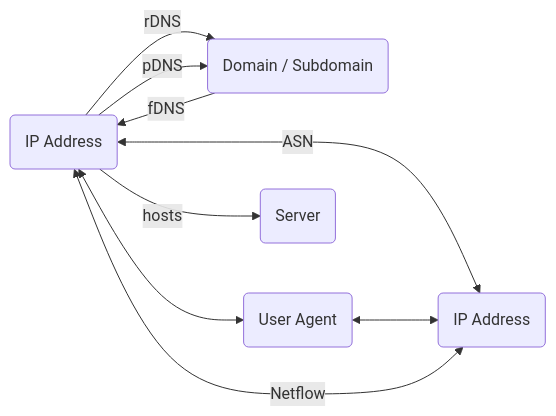
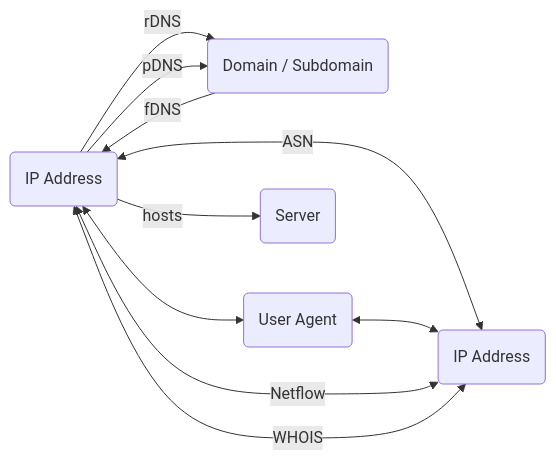
One commit to korniko98/pivot-atlas changed the diagram in docs/artifacts/ip-address.md. Above: the diagram before and after it, drawn with Mermaid. The commit also changed other lines of this file and 8 other files, not shown here.

````diff
--- a/docs/artifacts/ip-address.md
+++ b/docs/artifacts/ip-address.md
@@ -23,14 +23,15 @@
 	```mermaid
 	flowchart LR
-		A("IP Address") -- rDNS --> B("Domain / Subdomain")
-		A -- pDNS --> B
-		B -- fDNS --> A
-		A <-- ASN --> C("IP Address")
-		A <--> E("User Agent")
-		E <--> C
-		A <-- Netflow --> C
-		A -- hosts --> D("Server")
-		click B "#domains"
-		click C "#ip-addresses"
-		click D "#servers"
+		IP_ADDRESS("IP Address") -- rDNS --> DOMAIN("Domain / Subdomain")
+		IP_ADDRESS -- pDNS --> DOMAIN
+		DOMAIN -- fDNS --> IP_ADDRESS
+		IP_ADDRESS <-- ASN --> IP_ADDRESS_("IP Address")
+		IP_ADDRESS <--> USER_AGENT("User Agent")
+		USER_AGENT <--> IP_ADDRESS_
+		IP_ADDRESS <-- Netflow --> IP_ADDRESS_
+		IP_ADDRESS <-- WHOIS --> IP_ADDRESS_
+		IP_ADDRESS -- hosts --> SERVER("Server")
+		click DOMAIN "#domains"
+		click IP_ADDRESS_ "#ip-addresses"
+		click SERVER "#servers"
 	```
````
